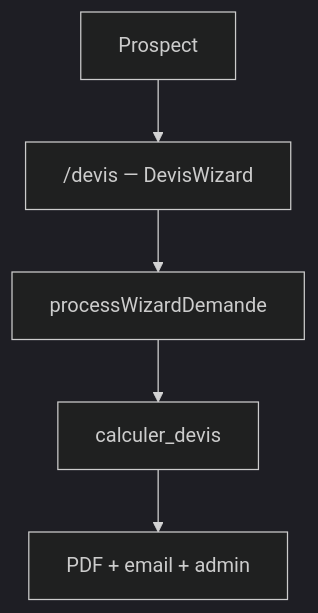
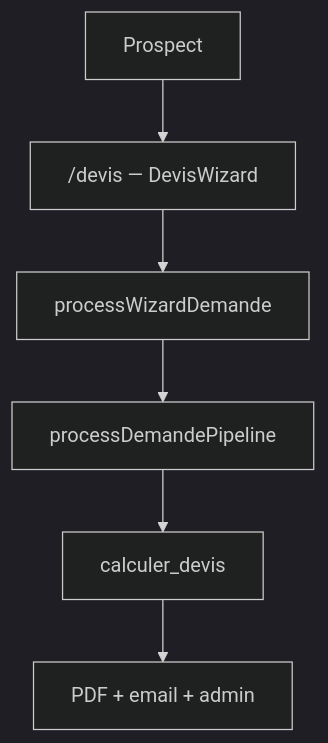
Before and after one commit to RRK28/neotravel: the second of 2 diagrams in neotravel-app/docs/architecture.md, drawn with Mermaid (dark theme). The commit also changed other lines of this file and 4 other files, not shown here.

First line of the commit message:
corrige note de cadrage architecture Option B

````diff
--- a/neotravel-app/docs/architecture.md
+++ b/neotravel-app/docs/architecture.md
@@ -31,7 +47,8 @@
 ```mermaid
 flowchart TB
   Prospect["Prospect"] --> Devis["/devis — DevisWizard"]
   Devis --> Wizard["processWizardDemande"]
-  Wizard --> C["calculer_devis"]
+  Wizard --> Pipeline["processDemandePipeline"]
+  Pipeline --> C["calculer_devis"]
   C --> G["PDF + email + admin"]
 ```
````
